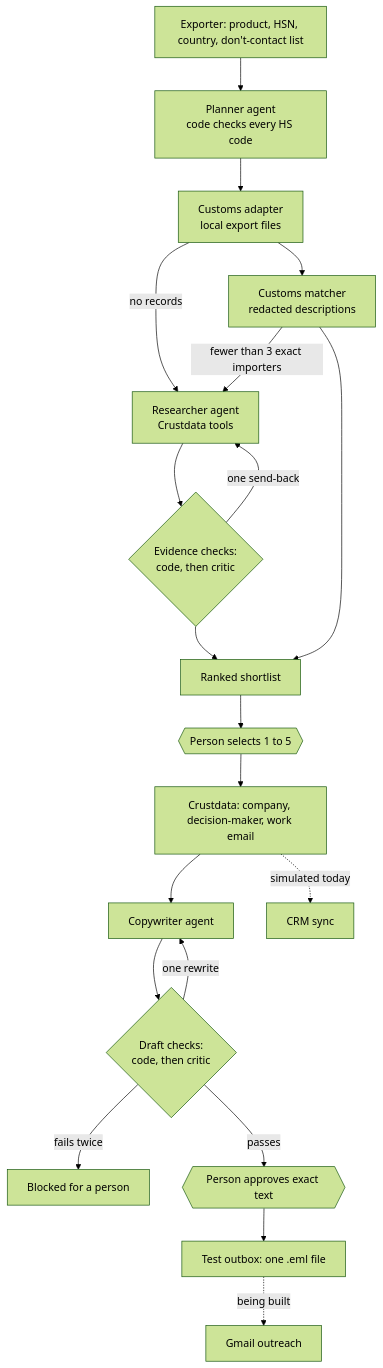
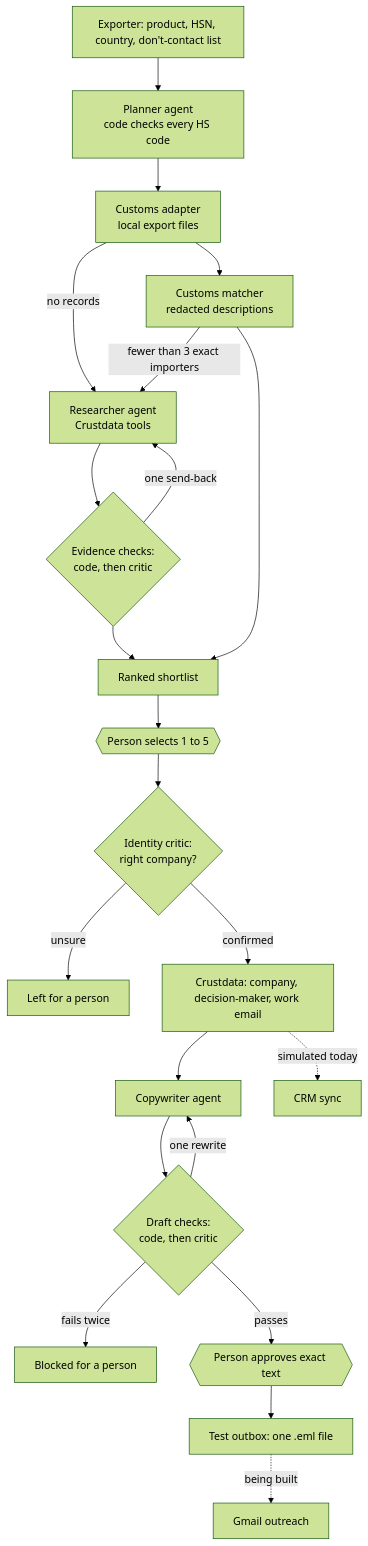
Before and after one commit to DityaSen29/tradescout: the first of 2 diagrams in README.md, drawn with Mermaid (forest theme). The commit also changed other lines of this file, not shown here.

First line of the commit message:
README: new framing, case study, identity critic status, known gaps

````diff
--- a/README.md
+++ b/README.md
@@ -297,22 +319,24 @@
 ```mermaid
 flowchart TD
   U["Exporter: product, HSN, country, don't-contact list"] --> P["Planner agent<br/>code checks every HS code"]
   P --> C["Customs adapter<br/>local export files"]
   C --> M["Customs matcher<br/>redacted descriptions"]
   C -->|no records| R
   M -->|fewer than 3 exact importers| R["Researcher agent<br/>Crustdata tools"]
   R --> K{"Evidence checks:<br/>code, then critic"}
   K -->|one send-back| R
   K --> S["Ranked shortlist"]
   M --> S
   S --> H1{{"Person selects 1 to 5"}}
-  H1 --> E["Crustdata: company, decision-maker, work email"]
+  H1 --> I{"Identity critic:<br/>right company?"}
+  I -->|unsure| Q["Left for a person"]
+  I -->|confirmed| E["Crustdata: company, decision-maker, work email"]
   E --> W["Copywriter agent"]
   W --> D{"Draft checks:<br/>code, then critic"}
   D -->|one rewrite| W
   D -->|fails twice| B["Blocked for a person"]
   D -->|passes| H2{{"Person approves exact text"}}
   H2 --> X["Test outbox: one .eml file"]
   E -.->|simulated today| CRM["CRM sync"]
   X -.->|being built| O["Gmail outreach"]
 ```
````
